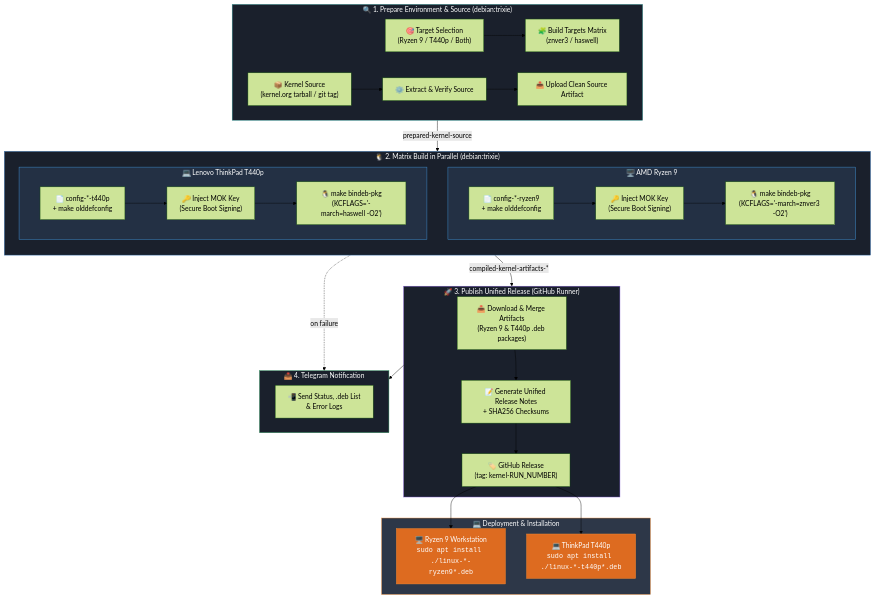
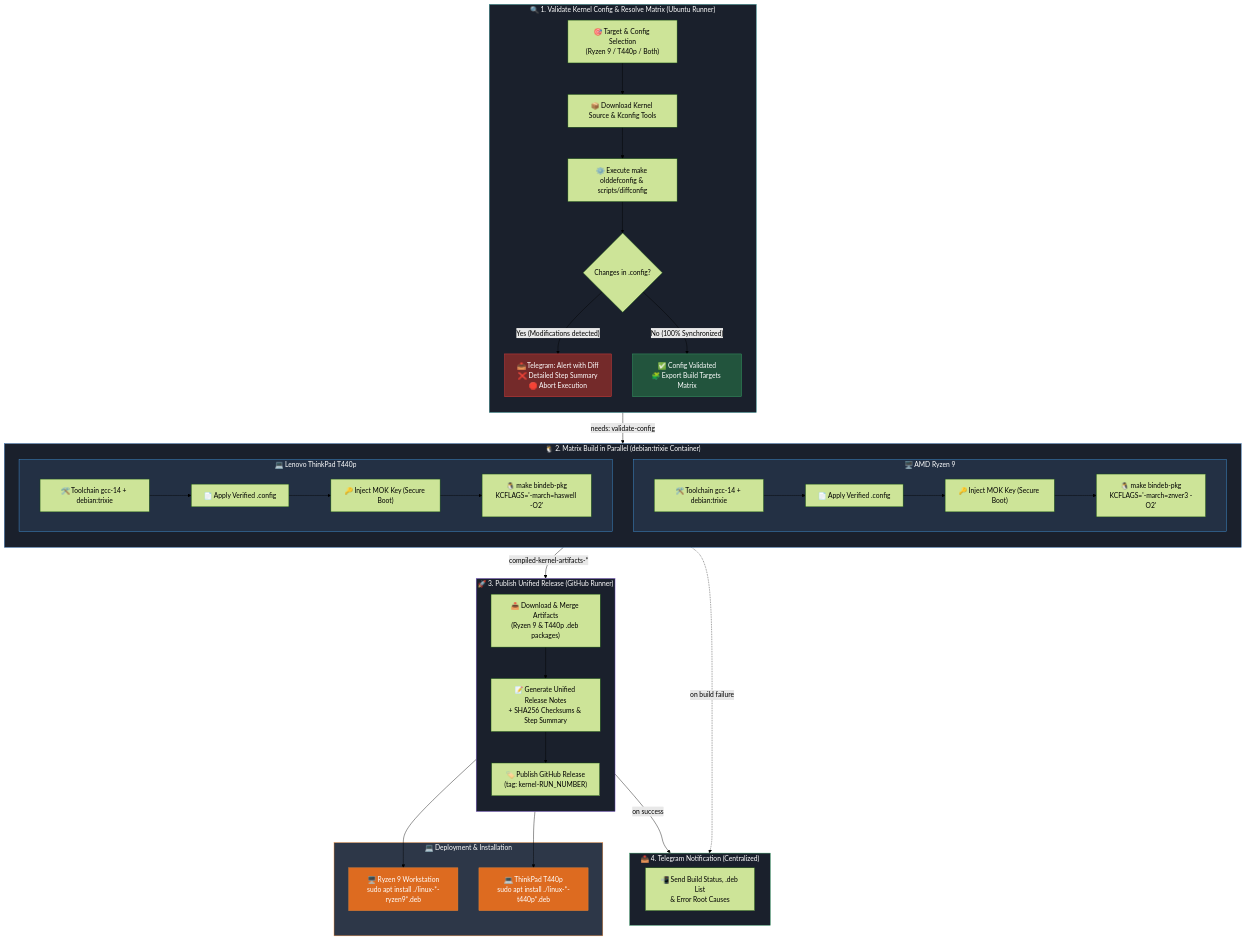
One commit to azagramac/linux-kernel changed the diagram in README.md. Above: the diagram before and after it, drawn with Mermaid (forest theme). The commit also changed 1 other file, not shown here.

Commit message:
ci(workflow): separate config validation job and add step summaries

````diff
--- a/README.md
+++ b/README.md
@@ -37,57 +37,65 @@
 ```mermaid
-graph TD
-    subgraph Job1["🔍 1. Prepare Environment & Source (debian:trixie)"]
-        A1["📦 Kernel Source<br/>(kernel.org tarball / git tag)"] --> A3["⚙️ Extract & Verify Source"]
-        A2["🎯 Target Selection<br/>(Ryzen 9 / T440p / Both)"] --> A4["🧩 Build Targets Matrix<br/>(znver3 / haswell)"]
-        A3 --> A5["📤 Upload Clean Source Artifact"]
+flowchart TD
+    subgraph Job1["🔍 1. Validate Kernel Config & Resolve Matrix (Ubuntu Runner)"]
+        direction TB
+        A1["🎯 Target & Config Selection<br/>(Ryzen 9 / T440p / Both)"] --> A2["📦 Download Kernel Source & Kconfig Tools"]
+        A2 --> A3["⚙️ Execute make olddefconfig & scripts/diffconfig"]
+        A3 --> A4{"Changes in .config?"}
+        A4 -- "Yes (Modifications detected)" --> A5["📤 Telegram: Alert with Diff<br/>❌ Detailed Step Summary<br/>🛑 Abort Execution"]
+        A4 -- "No (100% Synchronized)" --> A6["✅ Config Validated<br/>🧩 Export Build Targets Matrix"]
     end
 
-    subgraph Job2["🐧 2. Matrix Build in Parallel (debian:trixie)"]
+    subgraph Job2["🐧 2. Matrix Build in Parallel (debian:trixie Container)"]
         direction TB
         subgraph MatrixRyzen["🖥️ AMD Ryzen 9"]
-            B1_R["📄 config-*-ryzen9<br/>+ make olddefconfig"]
-            B2_R["🔑 Inject MOK Key<br/>(Secure Boot Signing)"]
-            B3_R["🐧 make bindeb-pkg<br/>(KCFLAGS='-march=znver3 -O2')"]
-            B1_R --> B2_R --> B3_R
+            B1_R["🛠️ Toolchain gcc-14 + debian:trixie"]
+            B2_R["📄 Apply Verified .config"]
+            B3_R["🔑 Inject MOK Key (Secure Boot)"]
+            B4_R["🐧 make bindeb-pkg<br/>KCFLAGS='-march=znver3 -O2'"]
+            B1_R --> B2_R --> B3_R --> B4_R
         end
         subgraph MatrixT440p["💻 Lenovo ThinkPad T440p"]
-            B1_L["📄 config-*-t440p<br/>+ make olddefconfig"]
-            B2_L["🔑 Inject MOK Key<br/>(Secure Boot Signing)"]
-            B3_L["🐧 make bindeb-pkg<br/>(KCFLAGS='-march=haswell -O2')"]
-            B1_L --> B2_L --> B3_L
+            B1_L["🛠️ Toolchain gcc-14 + debian:trixie"]
+            B2_L["📄 Apply Verified .config"]
+            B3_L["🔑 Inject MOK Key (Secure Boot)"]
+            B4_L["🐧 make bindeb-pkg<br/>KCFLAGS='-march=haswell -O2'"]
+            B1_L --> B2_L --> B3_L --> B4_L
         end
     end
 
     subgraph Job3["🚀 3. Publish Unified Release (GitHub Runner)"]
+        direction TB
         C1["📥 Download & Merge Artifacts<br/>(Ryzen 9 & T440p .deb packages)"]
-        C2["📝 Generate Unified Release Notes<br/>+ SHA256 Checksums"]
-        C3["🏷️ GitHub Release<br/>(tag: kernel-RUN_NUMBER)"]
+        C2["📝 Generate Unified Release Notes<br/>+ SHA256 Checksums & Step Summary"]
+        C3["🏷️ Publish GitHub Release<br/>(tag: kernel-RUN_NUMBER)"]
         C1 --> C2 --> C3
     end
 
-    subgraph Job4["📤 4. Telegram Notification"]
-        D1["📲 Send Status, .deb List<br/>& Error Logs"]
+    subgraph Job4["📤 4. Telegram Notification (Centralized)"]
+        D1["📲 Send Build Status, .deb List<br/>& Error Root Causes"]
     end
 
     subgraph Deploy["💻 Deployment & Installation"]
-        E1["🖥️ Ryzen 9 Workstation<br/><code>sudo apt install ./linux-*-ryzen9*.deb</code>"]
-        E2["💻 ThinkPad T440p<br/><code>sudo apt install ./linux-*-t440p*.deb</code>"]
+        E1["🖥️ Ryzen 9 Workstation<br/>sudo apt install ./linux-*-ryzen9*.deb"]
+        E2["💻 ThinkPad T440p<br/>sudo apt install ./linux-*-t440p*.deb"]
     end
 
-    Job1 -->|"prepared-kernel-source"| Job2
+    A6 -->|"needs: validate-config"| Job2
     Job2 -->|"compiled-kernel-artifacts-*"| Job3
-    Job3 --> Job4
-    Job2 -.->|"on failure"| Job4
+    Job3 -->|"on success"| Job4
+    Job2 -.->|"on build failure"| Job4
     C3 --> E1
     C3 --> E2
 
     style Job1 fill:#1a202c,stroke:#319795,color:#fff
+    style A5 fill:#742a2a,stroke:#e53e3e,color:#fff
+    style A6 fill:#22543d,stroke:#38a169,color:#fff
     style Job2 fill:#1a202c,stroke:#2b6cb0,color:#fff
     style MatrixRyzen fill:#233044,stroke:#4299e1,color:#fff
     style MatrixT440p fill:#233044,stroke:#4299e1,color:#fff
     style Job3 fill:#1a202c,stroke:#805ad5,color:#fff
     style Job4 fill:#1a202c,stroke:#38a169,color:#fff
     style Deploy fill:#2d3748,stroke:#ed8936,color:#fff
     style E1 fill:#dd6b20,stroke:#ed8936,color:#fff
     style E2 fill:#dd6b20,stroke:#ed8936,color:#fff
 ```
````
